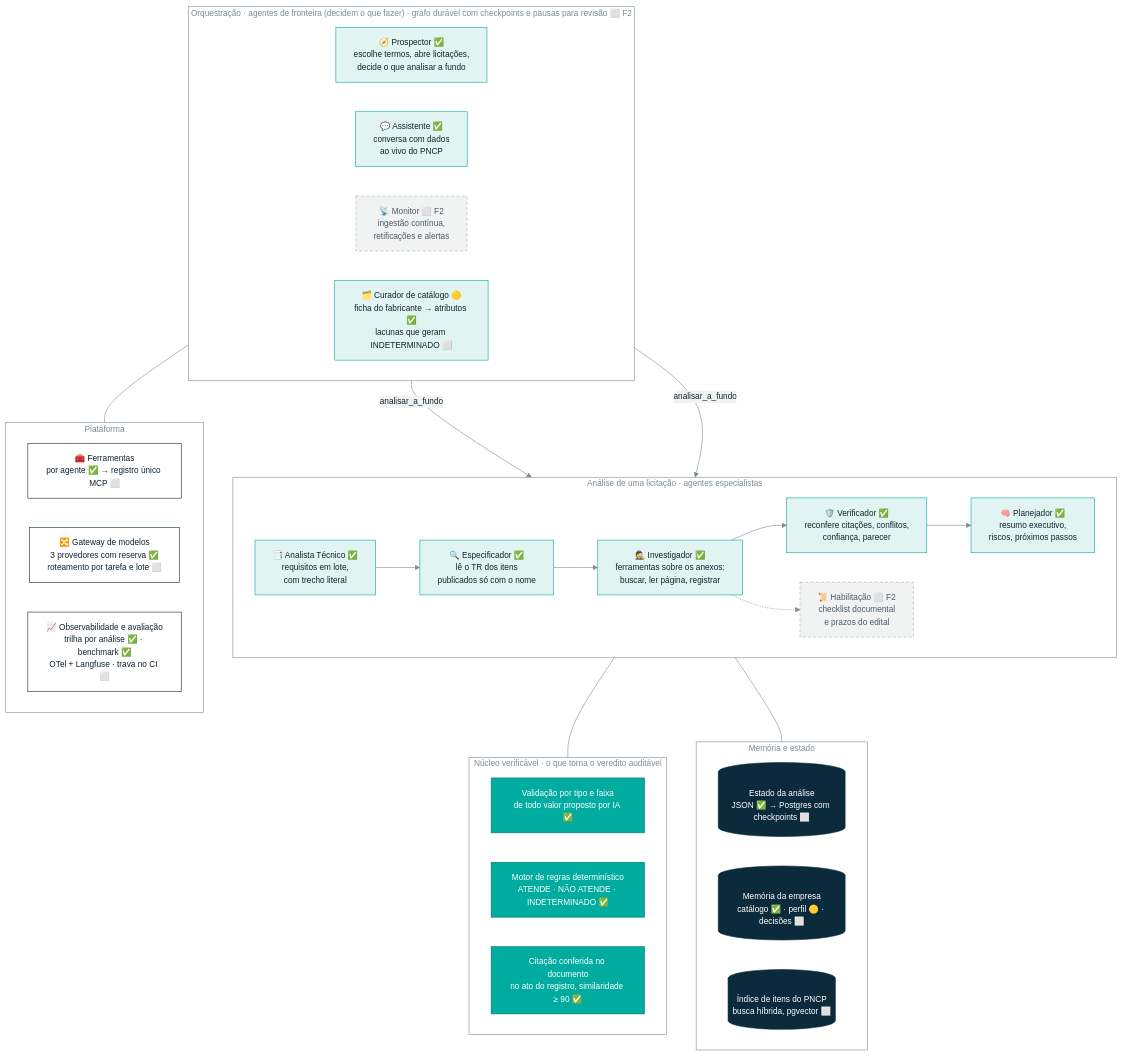
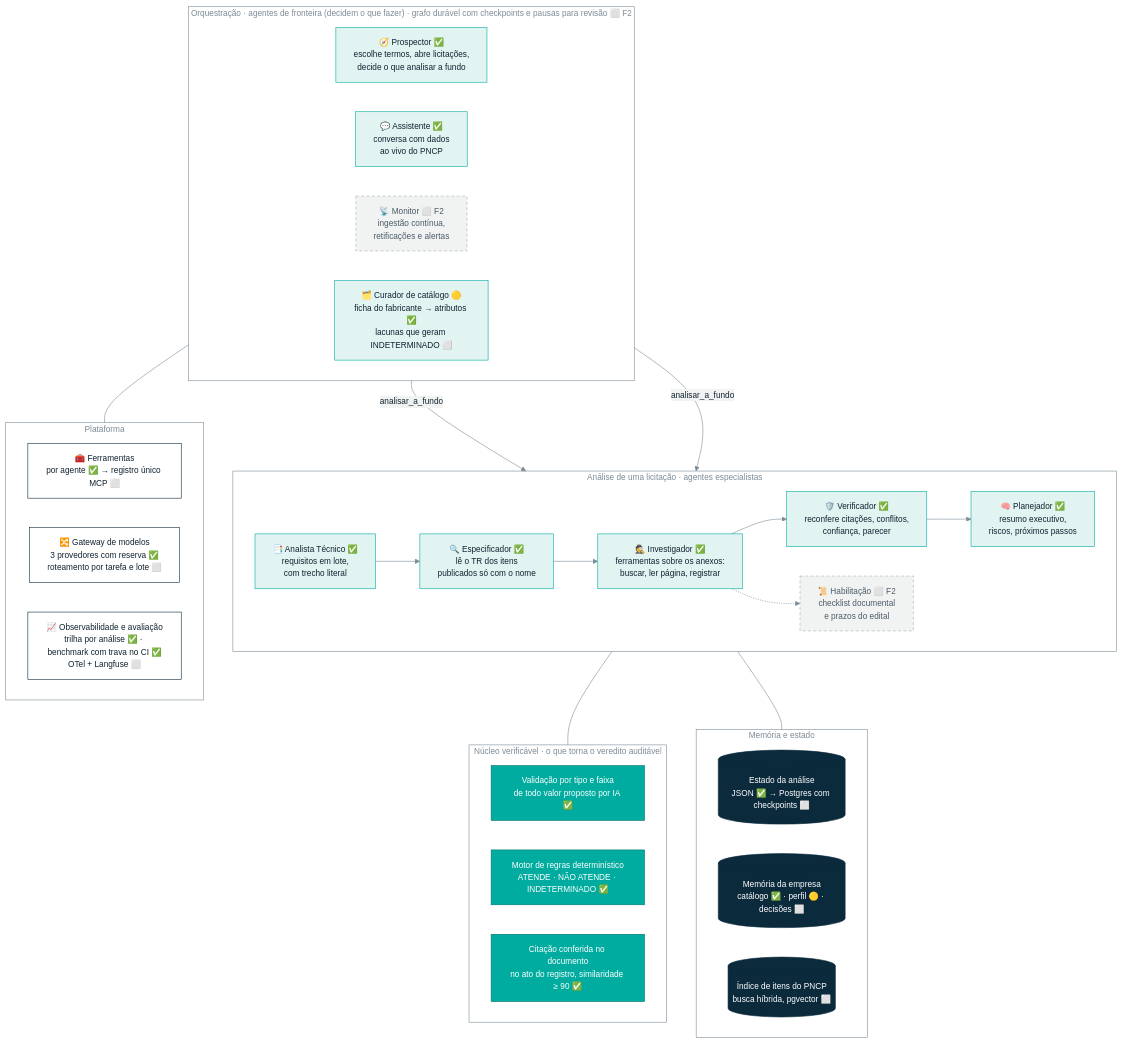
One commit to Omniamind-org/obranexo changed the diagram in docs/diagrams/arquitetura-agentica.mmd. Above: the diagram before and after it, drawn with Mermaid. The commit also changed 13 other files, not shown here.

First line of the commit message:
ci: lint, testes e benchmark como trava de qualidade no GitHub Actions

```diff
--- a/docs/diagrams/arquitetura-agentica.mmd
+++ b/docs/diagrams/arquitetura-agentica.mmd
@@ -1,48 +1,48 @@
 %%{init: {'theme':'base','themeVariables':{'primaryColor':'#e2f4f2','primaryTextColor':'#10222f','primaryBorderColor':'#00ab9f','lineColor':'#7d8b96','edgeLabelBackground':'#f1f3f3','fontFamily':'Plus Jakarta Sans, Segoe UI, sans-serif','fontSize':'14px','clusterBkg':'transparent','clusterBorder':'#7d8b96','titleColor':'#7d8b96'}}}%%
 flowchart TB
   subgraph ORQ[" Orquestração · agentes de fronteira (decidem o que fazer) · grafo durável com checkpoints e pausas para revisão ⬜ F2 "]
     direction LR
     PR[🧭 Prospector ✅<br/>escolhe termos, abre licitações,<br/>decide o que analisar a fundo]:::ag
     AS[💬 Assistente ✅<br/>conversa com dados<br/>ao vivo do PNCP]:::ag
     MO[📡 Monitor ⬜ F2<br/>ingestão contínua,<br/>retificações e alertas]:::plan
     CU[🗂️ Curador de catálogo 🟡<br/>ficha do fabricante → atributos ✅<br/>lacunas que geram INDETERMINADO ⬜]:::ag
   end
   subgraph AN[" Análise de uma licitação · agentes especialistas "]
     direction LR
     AT[📑 Analista Técnico ✅<br/>requisitos em lote,<br/>com trecho literal]:::ag
     ES[🔍 Especificador ✅<br/>lê o TR dos itens<br/>publicados só com o nome]:::ag
     IN[🕵️ Investigador ✅<br/>ferramentas sobre os anexos:<br/>buscar, ler página, registrar]:::ag
     HB[📜 Habilitação ⬜ F2<br/>checklist documental<br/>e prazos do edital]:::plan
     VE[🛡️ Verificador ✅<br/>reconfere citações, conflitos,<br/>confiança, parecer]:::ag
     PL[🧠 Planejador ✅<br/>resumo executivo,<br/>riscos, próximos passos]:::ag
     AT --> ES --> IN --> VE --> PL
     IN -.-> HB
   end
   subgraph NUC[" Núcleo verificável · o que torna o veredito auditável "]
     direction LR
     N1[Validação por tipo e faixa<br/>de todo valor proposto por IA ✅]:::core
     N2[Motor de regras determinístico<br/>ATENDE · NÃO ATENDE · INDETERMINADO ✅]:::core
     N3[Citação conferida no documento<br/>no ato do registro, similaridade ≥ 90 ✅]:::core
   end
   subgraph MEM[" Memória e estado "]
     direction LR
     M1[(Estado da análise<br/>JSON ✅ → Postgres com checkpoints ⬜)]:::mem
     M2[(Memória da empresa<br/>catálogo ✅ · perfil 🟡 · decisões ⬜)]:::mem
     M3[(Índice de itens do PNCP<br/>busca híbrida, pgvector ⬜)]:::mem
   end
   subgraph INF[" Plataforma "]
     direction LR
     TR[🧰 Ferramentas<br/>por agente ✅ → registro único MCP ⬜]:::inf
     GW[🔀 Gateway de modelos<br/>3 provedores com reserva ✅<br/>roteamento por tarefa e lote ⬜]:::inf
-    OB[📈 Observabilidade e avaliação<br/>trilha por análise ✅ · benchmark ✅<br/>OTel + Langfuse · trava no CI ⬜]:::inf
+    OB[📈 Observabilidade e avaliação<br/>trilha por análise ✅ · benchmark com trava no CI ✅<br/>OTel + Langfuse ⬜]:::inf
   end
   PR -- analisar_a_fundo --> AN
   AS -- analisar_a_fundo --> AN
   AN --- NUC
   AN --- MEM
   ORQ --- INF
   classDef ag fill:#e2f4f2,stroke:#00ab9f,color:#10222f
   classDef plan fill:#f1f3f3,stroke:#a5b0b8,color:#4b5b67,stroke-dasharray:5 4
   classDef core fill:#00ab9f,stroke:#00756c,color:#ffffff
   classDef mem fill:#0b2a3c,stroke:#0b2a3c,color:#ffffff
   classDef inf fill:#ffffff,stroke:#0b2a3c,color:#10222f
```
